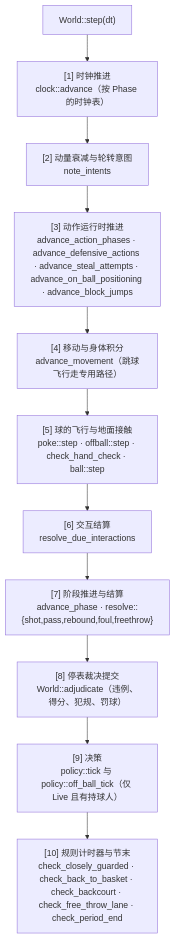
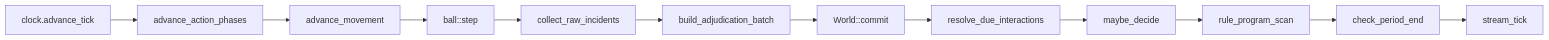
One commit to disaeye/nba-sim changed the fifth of 5 diagrams in docs/architecture.md. Above: the diagram before and after it, drawn with Mermaid. The commit also changed other lines of this file and 49 other files, not shown here.

````diff
--- a/docs/architecture.md
+++ b/docs/architecture.md
@@ -95,13 +188,14 @@
 ```mermaid
-flowchart TD
-    A["World::step(dt)"] --> B["[1] 时钟推进<br/>clock::advance（按 Phase 的时钟表）"]
-    B --> C["[2] 动量衰减与轮转意图<br/>note_intents"]
-    C --> D["[3] 动作运行时推进<br/>advance_action_phases · advance_defensive_actions · advance_steal_attempts · advance_on_ball_positioning · advance_block_jumps"]
-    D --> E["[4] 移动与身体积分<br/>advance_movement（跳球飞行走专用路径）"]
-    E --> F["[5] 球的飞行与地面接触<br/>poke::step · offball::step · check_hand_check · ball::step"]
-    F --> G["[6] 交互结算<br/>resolve_due_interactions"]
-    G --> H["[7] 阶段推进与结算<br/>advance_phase · resolve::{shot,pass,rebound,foul,freethrow}"]
-    H --> I["[8] 停表裁决提交<br/>World::adjudicate（违例、得分、犯规、罚球）"]
-    I --> J["[9] 决策<br/>policy::tick 与 policy::off_ball_tick（仅 Live 且有持球人）"]
-    J --> K["[10] 规则计时器与节末<br/>check_closely_guarded · check_back_to_basket · check_backcourt · check_free_throw_lane · check_period_end"]
+flowchart LR
+    A[clock.advance_tick] --> B[advance_action_phases]
+    B --> C[advance_movement]
+    C --> D[ball::step]
+    D --> E[collect_raw_incidents]
+    E --> F[build_adjudication_batch]
+    F --> G[World::commit]
+    G --> H[resolve_due_interactions]
+    H --> I[maybe_decide]
+    I --> J[rule_program_scan]
+    J --> K[check_period_end]
+    K --> L[stream_tick]
 ```
````
